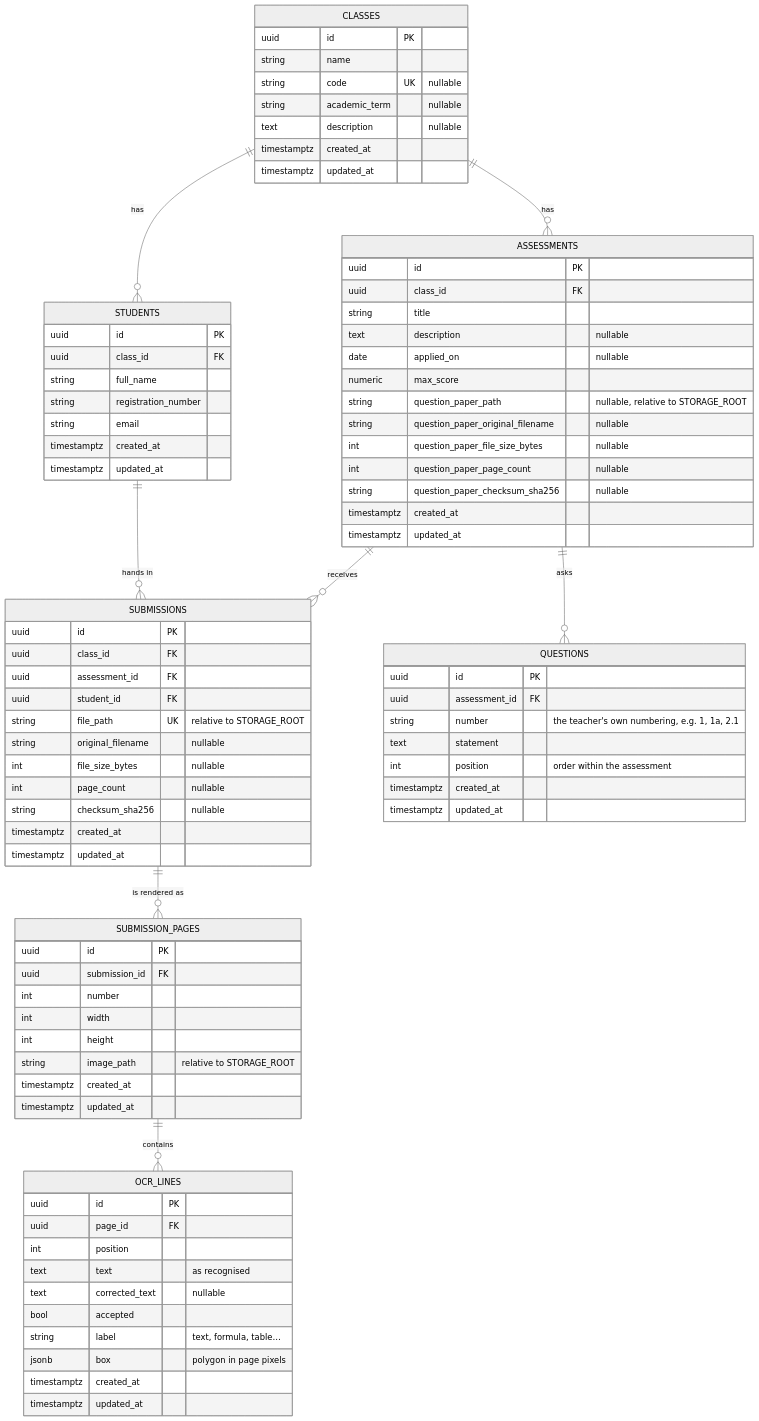
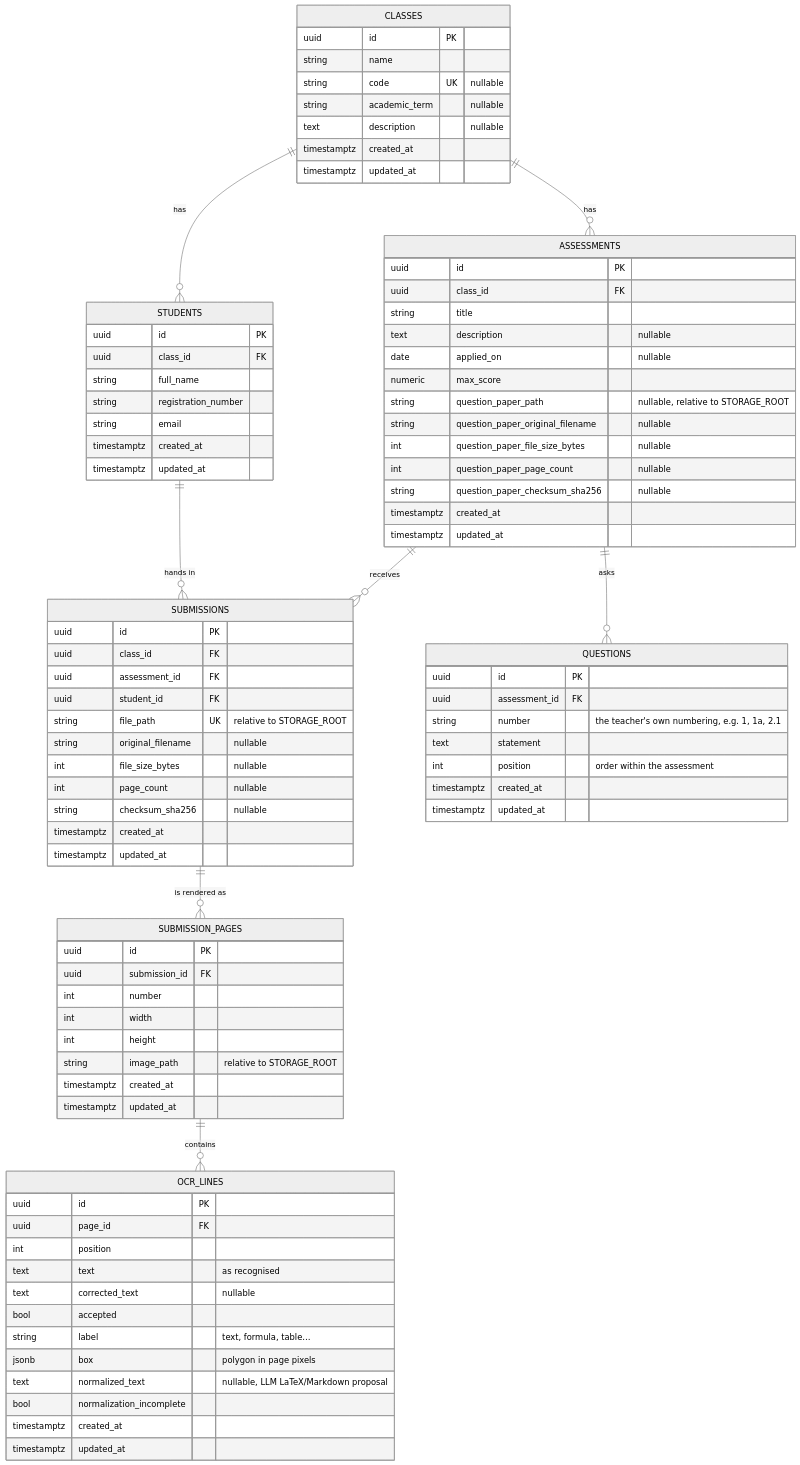
One commit to luisfilipeap/GradeMate changed the diagram in README.md. Above: the diagram before and after it, drawn with Mermaid (neutral theme). The commit also changed 12 other files, not shown here.

```diff
--- a/README.md
+++ b/README.md
@@ -109,6 +109,8 @@
         bool accepted
         string label "text, formula, table…"
         jsonb box "polygon in page pixels"
+        text normalized_text "nullable, LLM LaTeX/Markdown proposal"
+        bool normalization_incomplete
         timestamptz created_at
         timestamptz updated_at
     }
```
